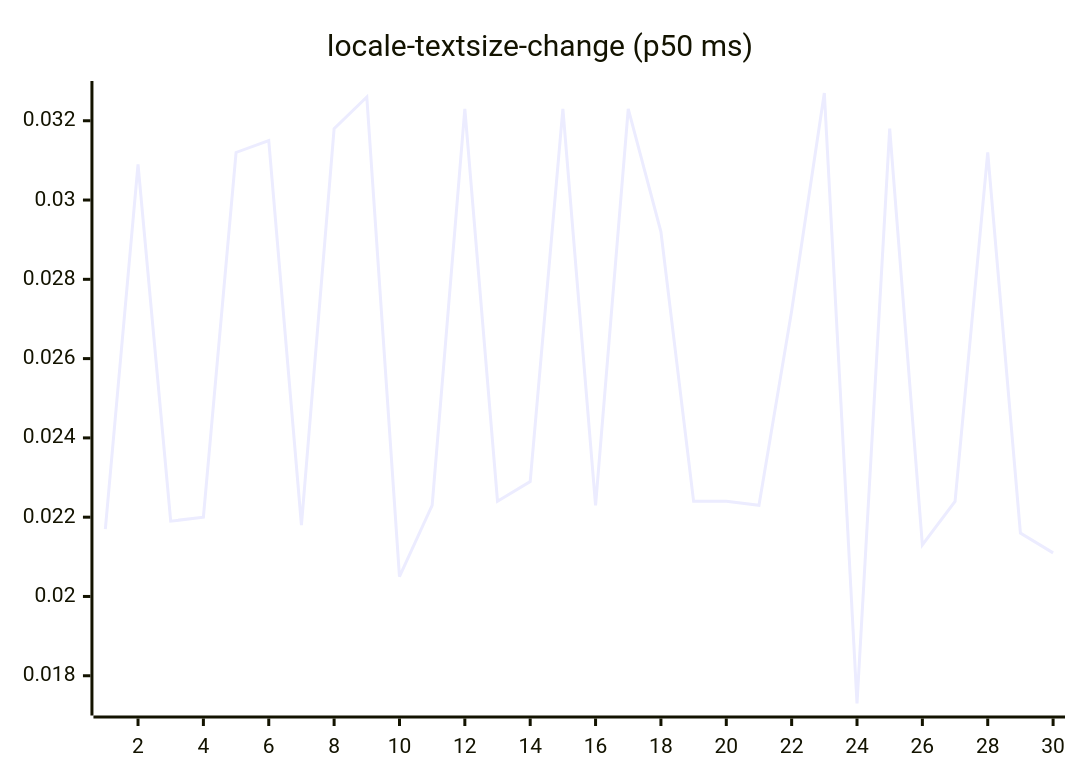
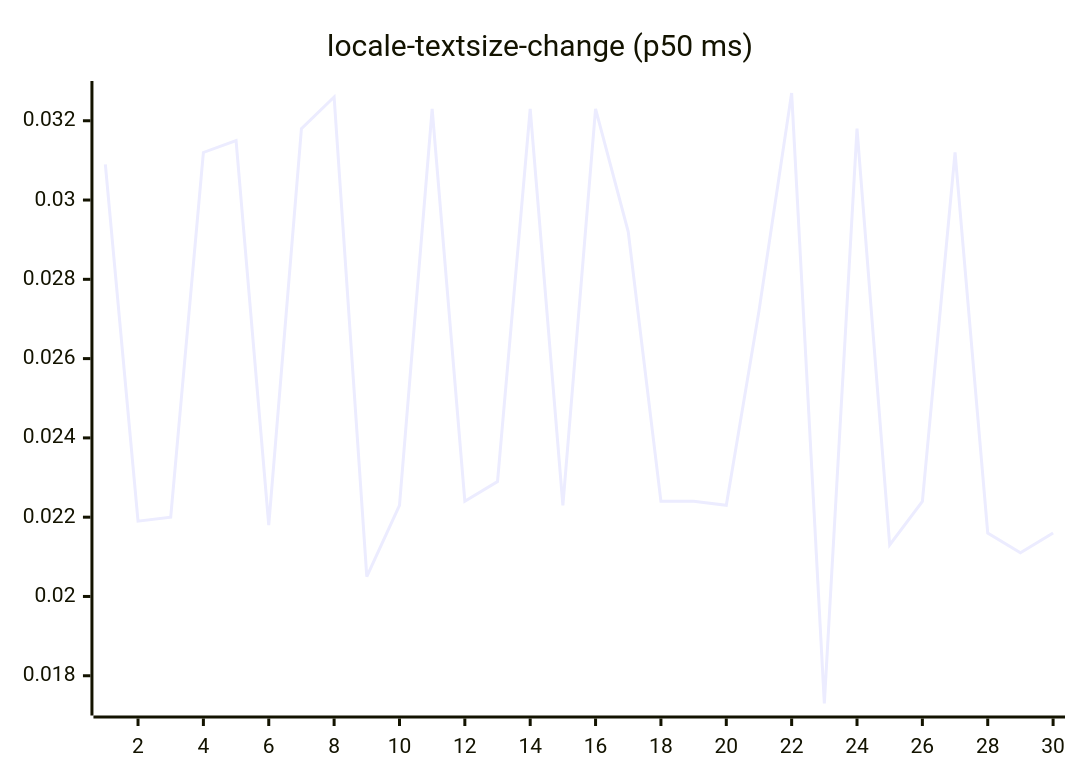
One commit to josha/Facet changed diagram 13 of 27 in README.md. Above: the diagram before and after it, drawn with Mermaid. The commit also changed other lines of this file and 2 other files, not shown here.

````diff
--- a/README.md
+++ b/README.md
@@ -147,6 +147,6 @@
 ```mermaid
 xychart-beta
     title "locale-textsize-change (p50 ms)"
     x-axis 1 --> 30
-    line [0.0217, 0.0309, 0.0219, 0.0220, 0.0312, 0.0315, 0.0218, 0.0318, 0.0326, 0.0205, 0.0223, 0.0323, 0.0224, 0.0229, 0.0323, 0.0223, 0.0323, 0.0292, 0.0224, 0.0224, 0.0223, 0.0272, 0.0327, 0.0173, 0.0318, 0.0213, 0.0224, 0.0312, 0.0216, 0.0211]
+    line [0.0309, 0.0219, 0.0220, 0.0312, 0.0315, 0.0218, 0.0318, 0.0326, 0.0205, 0.0223, 0.0323, 0.0224, 0.0229, 0.0323, 0.0223, 0.0323, 0.0292, 0.0224, 0.0224, 0.0223, 0.0272, 0.0327, 0.0173, 0.0318, 0.0213, 0.0224, 0.0312, 0.0216, 0.0211, 0.0216]
 ```
````
